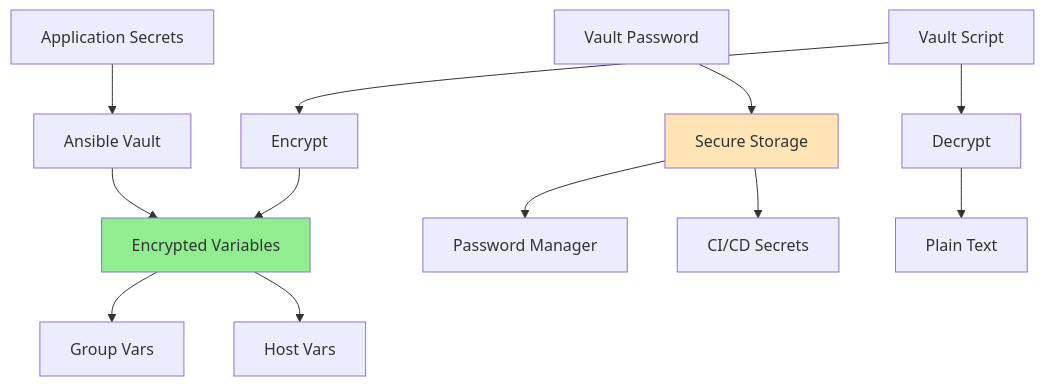
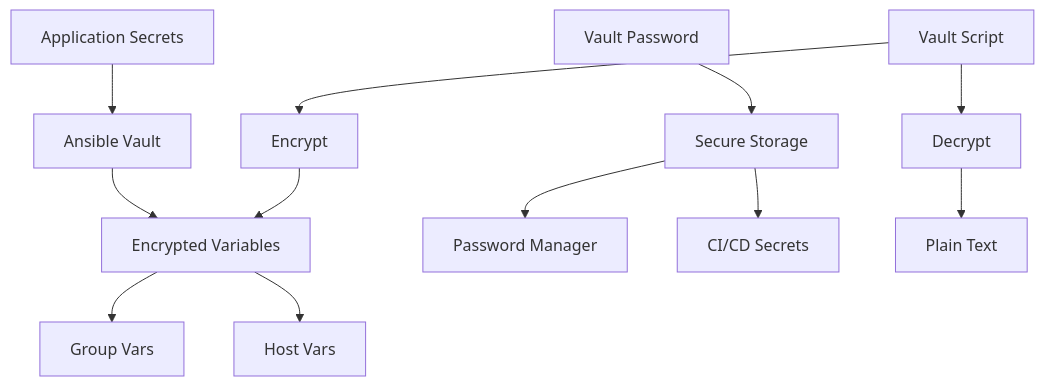
The eighth of 8 diagrams in docs/projects/vserver-setup.md (4gh0rn/dev-blog), drawn with Mermaid before and after one commit. The commit also changed other lines of this file and 17 other files, not shown here.

````diff
--- a/docs/projects/vserver-setup.md
+++ b/docs/projects/vserver-setup.md
@@ -456,19 +443,16 @@
 ```mermaid
 graph TB
     A[Application Secrets] --> B[Ansible Vault]
     B --> C[Encrypted Variables]
     C --> D[Group Vars]
     C --> E[Host Vars]
     
     F[Vault Password] --> G[Secure Storage]
     G --> H[Password Manager]
     G --> I[CI/CD Secrets]
     
     J[Vault Script] --> K[Encrypt]
     J --> L[Decrypt]
     K --> C
     L --> M[Plain Text]
-    
-    style C fill:#90EE90
-    style G fill:#FFE4B5
 ```
````
